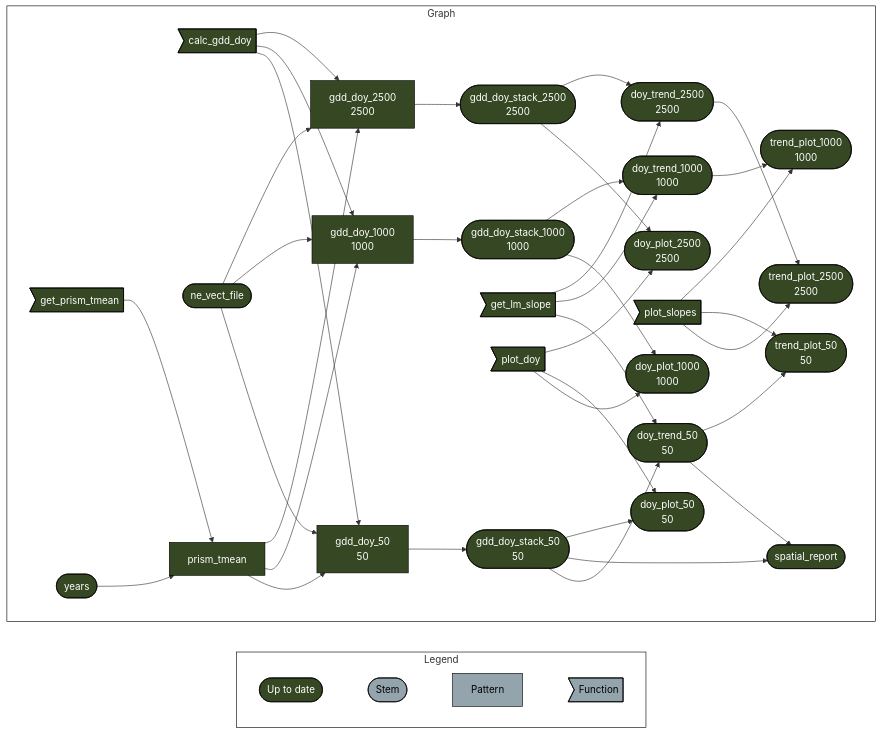
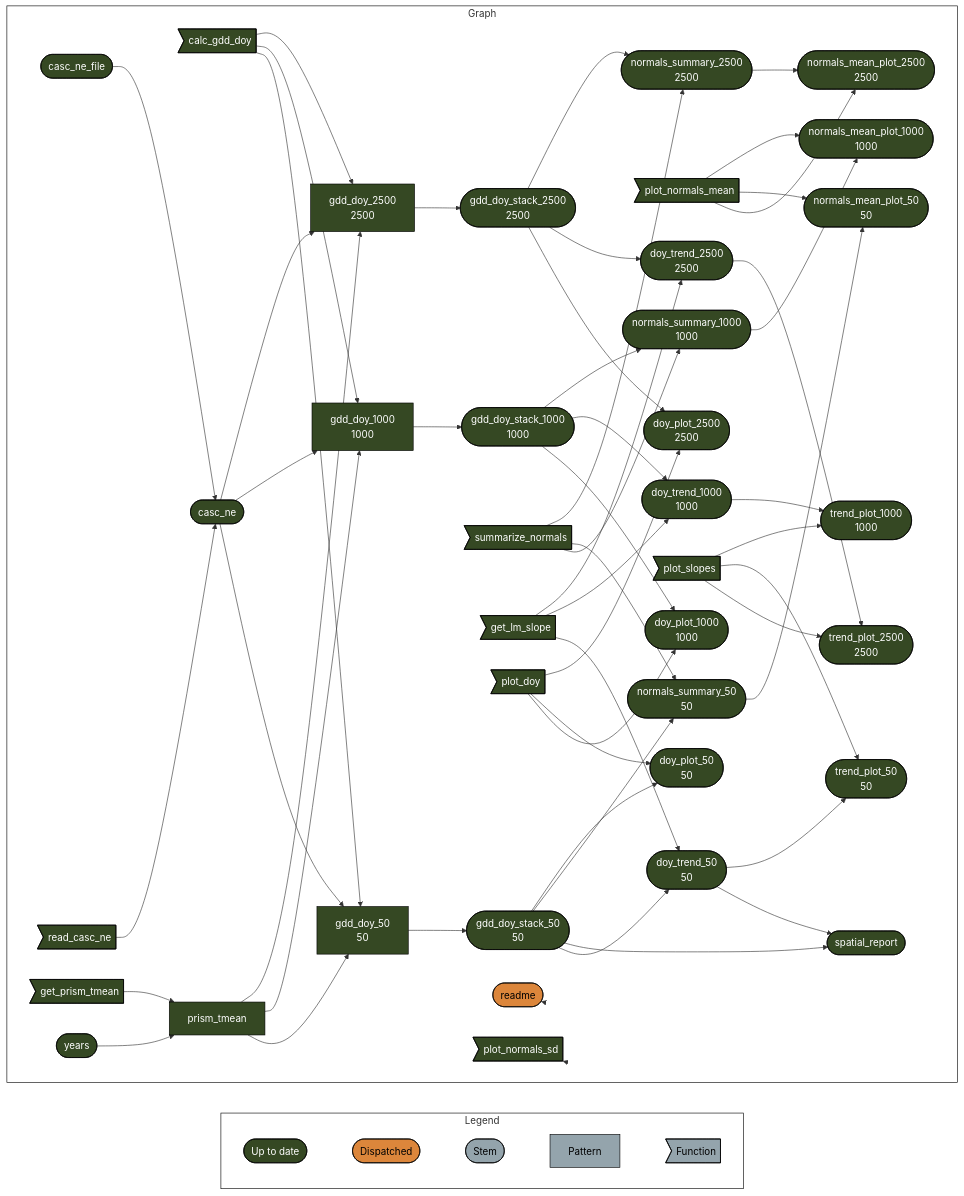
Before and after one commit to usa-npn/thermal-trends: the diagram in README.md, drawn with Mermaid. The commit also changed other lines of this file and 15 other files, not shown here.

````diff
--- a/README.md
+++ b/README.md
@@ -37,53 +34,74 @@
 ``` mermaid
 graph LR
   style Legend fill:#FFFFFF00,stroke:#000000;
   style Graph fill:#FFFFFF00,stroke:#000000;
   subgraph Legend
     direction LR
-    x7420bd9270f8d27d([""Up to date""]):::uptodate --- xbf4603d6c2c2ad6b([""Stem""]):::none
+    x7420bd9270f8d27d([""Up to date""]):::uptodate --- xa8565c104d8f0705([""Dispatched""]):::dispatched
+    xa8565c104d8f0705([""Dispatched""]):::dispatched --- xbf4603d6c2c2ad6b([""Stem""]):::none
     xbf4603d6c2c2ad6b([""Stem""]):::none --- x70a5fa6bea6f298d[""Pattern""]:::none
     x70a5fa6bea6f298d[""Pattern""]:::none --- xf0bce276fe2b9d3e>""Function""]:::none
   end
   subgraph Graph
     direction LR
     x143c225a85b6f8ef["gdd_doy_1000<br>1000"]:::uptodate --> x40c2e72d4bfe48c6(["gdd_doy_stack_1000<br>1000"]):::uptodate
+    x8b570043a37c4f3f(["normals_summary_1000<br>1000"]):::uptodate --> x39dc65dec856c05d(["normals_mean_plot_1000<br>1000"]):::uptodate
+    xa917b7eaa4a3ab69>"plot_normals_mean"]:::uptodate --> x39dc65dec856c05d(["normals_mean_plot_1000<br>1000"]):::uptodate
+    x03a837447b8e1f85(["gdd_doy_stack_2500<br>2500"]):::uptodate --> x45979941e033c65c(["normals_summary_2500<br>2500"]):::uptodate
+    x5057cf71ad61ffba>"summarize_normals"]:::uptodate --> x45979941e033c65c(["normals_summary_2500<br>2500"]):::uptodate
     x03a837447b8e1f85(["gdd_doy_stack_2500<br>2500"]):::uptodate --> xf560c6147541e200(["doy_trend_2500<br>2500"]):::uptodate
     xbfe90ebeeb7a071e>"get_lm_slope"]:::uptodate --> xf560c6147541e200(["doy_trend_2500<br>2500"]):::uptodate
     x03a837447b8e1f85(["gdd_doy_stack_2500<br>2500"]):::uptodate --> x4571a9b7d2c4f70f(["doy_plot_2500<br>2500"]):::uptodate
     x13c8ccaa5d631ad7>"plot_doy"]:::uptodate --> x4571a9b7d2c4f70f(["doy_plot_2500<br>2500"]):::uptodate
     xb88b325298077171>"calc_gdd_doy"]:::uptodate --> x5d124cd085114def["gdd_doy_2500<br>2500"]:::uptodate
-    xd097f7e15f521741(["ne_vect_file"]):::uptodate --> x5d124cd085114def["gdd_doy_2500<br>2500"]:::uptodate
+    xe5ad1b541da28dc0(["casc_ne"]):::uptodate --> x5d124cd085114def["gdd_doy_2500<br>2500"]:::uptodate
     xe4ea051685a102ce["prism_tmean"]:::uptodate --> x5d124cd085114def["gdd_doy_2500<br>2500"]:::uptodate
+    x09ece08de4b3110b(["casc_ne_file"]):::uptodate --> xe5ad1b541da28dc0(["casc_ne"]):::uptodate
+    x2e865c2cb7f7f0bd>"read_casc_ne"]:::uptodate --> xe5ad1b541da28dc0(["casc_ne"]):::uptodate
     x5a7177ac72d59179(["doy_trend_1000<br>1000"]):::uptodate --> x56ad0a64704ce37e(["trend_plot_1000<br>1000"]):::uptodate
     x298e720a0d38fbab>"plot_slopes"]:::uptodate --> x56ad0a64704ce37e(["trend_plot_1000<br>1000"]):::uptodate
     x067ed113746ada91(["doy_trend_50<br>50"]):::uptodate --> xb10cda98be740603(["trend_plot_50<br>50"]):::uptodate
     x298e720a0d38fbab>"plot_slopes"]:::uptodate --> xb10cda98be740603(["trend_plot_50<br>50"]):::uptodate
+    xdcf6fe500c4f6c47(["normals_summary_50<br>50"]):::uptodate --> xe0edcdcfe499bd71(["normals_mean_plot_50<br>50"]):::uptodate
+    xa917b7eaa4a3ab69>"plot_normals_mean"]:::uptodate --> xe0edcdcfe499bd71(["normals_mean_plot_50<br>50"]):::uptodate
     xef0f3bd95aeea8a1(["gdd_doy_stack_50<br>50"]):::uptodate --> xa4e7d2ec2b26ed98(["doy_plot_50<br>50"]):::uptodate
     x13c8ccaa5d631ad7>"plot_doy"]:::uptodate --> xa4e7d2ec2b26ed98(["doy_plot_50<br>50"]):::uptodate
+    xef0f3bd95aeea8a1(["gdd_doy_stack_50<br>50"]):::uptodate --> xdcf6fe500c4f6c47(["normals_summary_50<br>50"]):::uptodate
+    x5057cf71ad61ffba>"summarize_normals"]:::uptodate --> xdcf6fe500c4f6c47(["normals_summary_50<br>50"]):::uptodate
+    x40c2e72d4bfe48c6(["gdd_doy_stack_1000<br>1000"]):::uptodate --> x8b570043a37c4f3f(["normals_summary_1000<br>1000"]):::uptodate
+    x5057cf71ad61ffba>"summarize_normals"]:::uptodate --> x8b570043a37c4f3f(["normals_summary_1000<br>1000"]):::uptodate
     x40c2e72d4bfe48c6(["gdd_doy_stack_1000<br>1000"]):::uptodate --> x5a7177ac72d59179(["doy_trend_1000<br>1000"]):::uptodate
     xbfe90ebeeb7a071e>"get_lm_slope"]:::uptodate --> x5a7177ac72d59179(["doy_trend_1000<br>1000"]):::uptodate
     x40c2e72d4bfe48c6(["gdd_doy_stack_1000<br>1000"]):::uptodate --> x1198f75c36e06a6d(["doy_plot_1000<br>1000"]):::uptodate
     x13c8ccaa5d631ad7>"plot_doy"]:::uptodate --> x1198f75c36e06a6d(["doy_plot_1000<br>1000"]):::uptodate
     x5d124cd085114def["gdd_doy_2500<br>2500"]:::uptodate --> x03a837447b8e1f85(["gdd_doy_stack_2500<br>2500"]):::uptodate
     x4e641563f83bc893["gdd_doy_50<br>50"]:::uptodate --> xef0f3bd95aeea8a1(["gdd_doy_stack_50<br>50"]):::uptodate
     x067ed113746ada91(["doy_trend_50<br>50"]):::uptodate --> x9dd6eb88f0f020eb(["spatial_report"]):::uptodate
     xef0f3bd95aeea8a1(["gdd_doy_stack_50<br>50"]):::uptodate --> x9dd6eb88f0f020eb(["spatial_report"]):::uptodate
+    x45979941e033c65c(["normals_summary_2500<br>2500"]):::uptodate --> x2f5625350a1b19db(["normals_mean_plot_2500<br>2500"]):::uptodate
+    xa917b7eaa4a3ab69>"plot_normals_mean"]:::uptodate --> x2f5625350a1b19db(["normals_mean_plot_2500<br>2500"]):::uptodate
     x4796032f25dfd47a>"get_prism_tmean"]:::uptodate --> xe4ea051685a102ce["prism_tmean"]:::uptodate
     x25dbf37c6e783c25(["years"]):::uptodate --> xe4ea051685a102ce["prism_tmean"]:::uptodate
     xb88b325298077171>"calc_gdd_doy"]:::uptodate --> x143c225a85b6f8ef["gdd_doy_1000<br>1000"]:::uptodate
-    xd097f7e15f521741(["ne_vect_file"]):::uptodate --> x143c225a85b6f8ef["gdd_doy_1000<br>1000"]:::uptodate
+    xe5ad1b541da28dc0(["casc_ne"]):::uptodate --> x143c225a85b6f8ef["gdd_doy_1000<br>1000"]:::uptodate
     xe4ea051685a102ce["prism_tmean"]:::uptodate --> x143c225a85b6f8ef["gdd_doy_1000<br>1000"]:::uptodate
     xef0f3bd95aeea8a1(["gdd_doy_stack_50<br>50"]):::uptodate --> x067ed113746ada91(["doy_trend_50<br>50"]):::uptodate
     xbfe90ebeeb7a071e>"get_lm_slope"]:::uptodate --> x067ed113746ada91(["doy_trend_50<br>50"]):::uptodate
     xf560c6147541e200(["doy_trend_2500<br>2500"]):::uptodate --> xb9525cb3d2f5752d(["trend_plot_2500<br>2500"]):::uptodate
     x298e720a0d38fbab>"plot_slopes"]:::uptodate --> xb9525cb3d2f5752d(["trend_plot_2500<br>2500"]):::uptodate
     xb88b325298077171>"calc_gdd_doy"]:::uptodate --> x4e641563f83bc893["gdd_doy_50<br>50"]:::uptodate
-    xd097f7e15f521741(["ne_vect_file"]):::uptodate --> x4e641563f83bc893["gdd_doy_50<br>50"]:::uptodate
+    xe5ad1b541da28dc0(["casc_ne"]):::uptodate --> x4e641563f83bc893["gdd_doy_50<br>50"]:::uptodate
     xe4ea051685a102ce["prism_tmean"]:::uptodate --> x4e641563f83bc893["gdd_doy_50<br>50"]:::uptodate
+    x6e52cb0f1668cc22(["readme"]):::dispatched --> x6e52cb0f1668cc22(["readme"]):::dispatched
+    x3831a3d6946cd453>"plot_normals_sd"]:::uptodate --> x3831a3d6946cd453>"plot_normals_sd"]:::uptodate
   end
   classDef uptodate stroke:#000000,color:#ffffff,fill:#354823;
+  classDef dispatched stroke:#000000,color:#000000,fill:#DC863B;
   classDef none stroke:#000000,color:#000000,fill:#94a4ac;
   linkStyle 0 stroke-width:0px;
   linkStyle 1 stroke-width:0px;
   linkStyle 2 stroke-width:0px;
+  linkStyle 3 stroke-width:0px;
+  linkStyle 52 stroke-width:0px;
+  linkStyle 53 stroke-width:0px;
 ```
````
